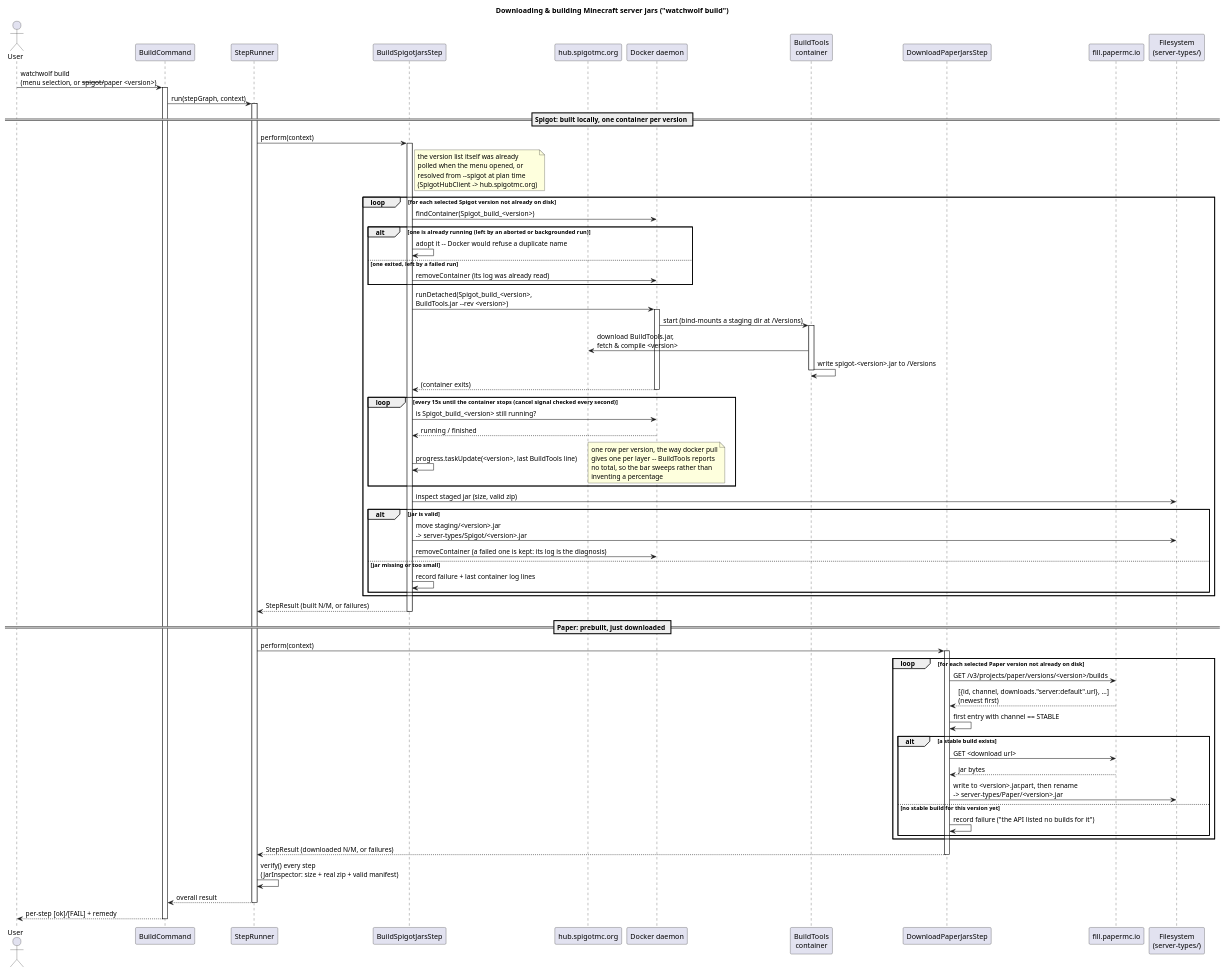
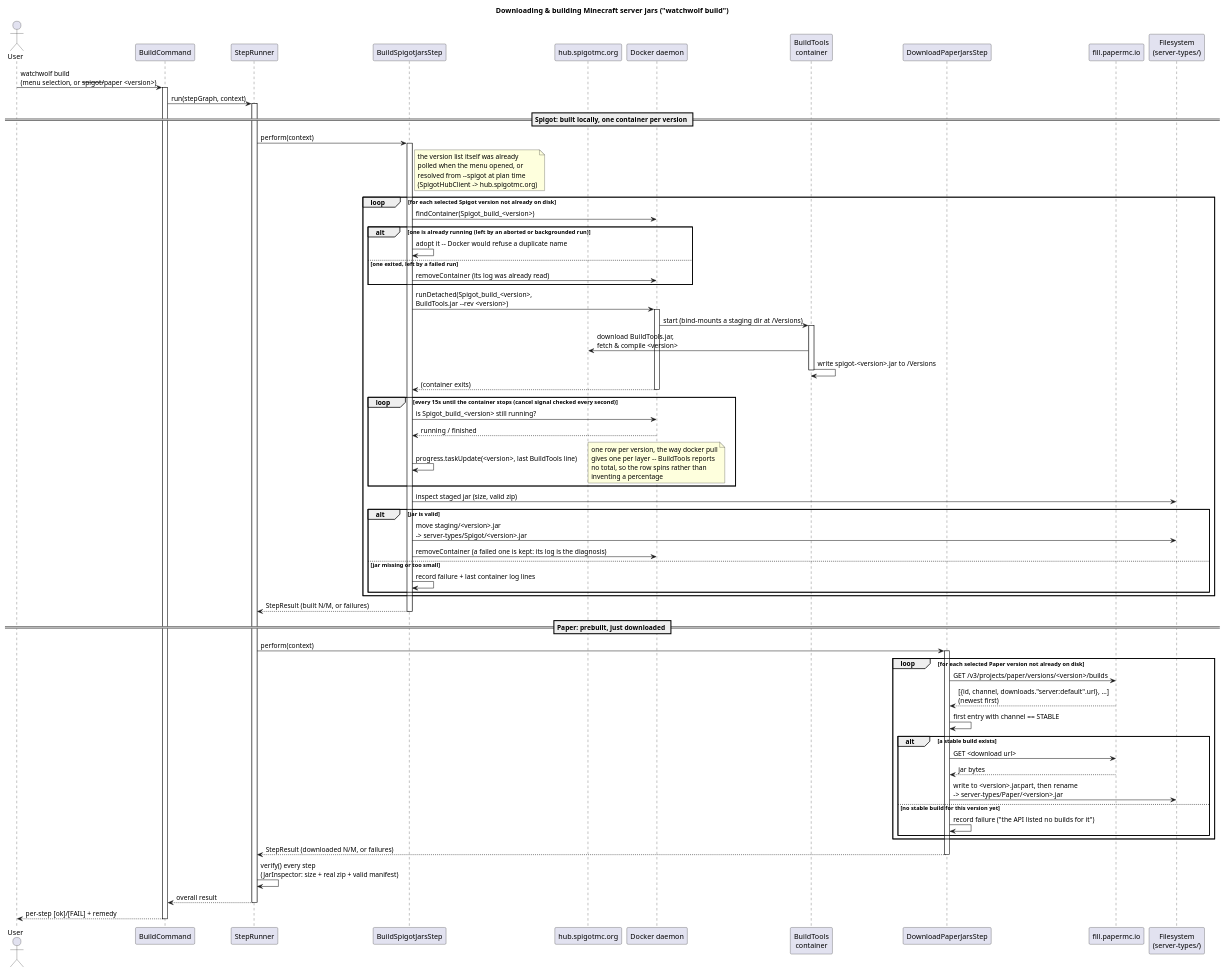
The diagram in cli/docs/build-server-jars.puml (watch-wolf/WatchWolf), drawn with PlantUML before and after one commit. The commit also changed 13 other files, not shown here.

First line of the commit message:
Show every Spigot version as a row; drop the sweeping bar

```diff
--- a/cli/docs/build-server-jars.puml
+++ b/cli/docs/build-server-jars.puml
@@ -1,96 +1,96 @@
 @startuml build-server-jars
 title Downloading & building Minecraft server jars ("watchwolf build")
 
 actor User
 participant "BuildCommand" as Build
 participant "StepRunner" as Runner
 participant "BuildSpigotJarsStep" as SpigotStep
 participant "hub.spigotmc.org" as SpigotHub
 participant "Docker daemon" as Docker
 participant "BuildTools\ncontainer" as BuildTools
 participant "DownloadPaperJarsStep" as PaperStep
 participant "fill.papermc.io" as PaperApi
 participant "Filesystem\n(server-types/)" as FS
 
 User -> Build: watchwolf build\n(menu selection, or --spigot/--paper <version>)
 activate Build
 Build -> Runner: run(stepGraph, context)
 activate Runner
 
 == Spigot: built locally, one container per version ==
 
 Runner -> SpigotStep: perform(context)
 activate SpigotStep
 note right of SpigotStep
   the version list itself was already
   polled when the menu opened, or
   resolved from --spigot at plan time
   (SpigotHubClient -> hub.spigotmc.org)
 end note
 
 loop for each selected Spigot version not already on disk
     SpigotStep -> Docker: findContainer(Spigot_build_<version>)
     alt one is already running (left by an aborted or backgrounded run)
         SpigotStep -> SpigotStep: adopt it -- Docker would refuse a duplicate name
     else one exited, left by a failed run
         SpigotStep -> Docker: removeContainer (its log was already read)
     end
     SpigotStep -> Docker: runDetached(Spigot_build_<version>,\nBuildTools.jar --rev <version>)
     activate Docker
     Docker -> BuildTools: start (bind-mounts a staging dir at /Versions)
     activate BuildTools
     BuildTools -> SpigotHub: download BuildTools.jar,\nfetch & compile <version>
     BuildTools -> BuildTools: write spigot-<version>.jar to /Versions
     deactivate BuildTools
     Docker --> SpigotStep: (container exits)
     deactivate Docker
 
     loop every 15s until the container stops (cancel signal checked every second)
         SpigotStep -> Docker: is Spigot_build_<version> still running?
         Docker --> SpigotStep: running / finished
         SpigotStep -> SpigotStep: progress.taskUpdate(<version>, last BuildTools line)
         note right
           one row per version, the way docker pull
           gives one per layer -- BuildTools reports
-          no total, so the bar sweeps rather than
+          no total, so the row spins rather than
           inventing a percentage
         end note
     end
 
     SpigotStep -> FS: inspect staged jar (size, valid zip)
     alt jar is valid
         SpigotStep -> FS: move staging/<version>.jar\n-> server-types/Spigot/<version>.jar
         SpigotStep -> Docker: removeContainer (a failed one is kept: its log is the diagnosis)
     else jar missing or too small
         SpigotStep -> SpigotStep: record failure + last container log lines
     end
 end
 SpigotStep --> Runner: StepResult (built N/M, or failures)
 deactivate SpigotStep
 
 == Paper: prebuilt, just downloaded ==
 
 Runner -> PaperStep: perform(context)
 activate PaperStep
 loop for each selected Paper version not already on disk
     PaperStep -> PaperApi: GET /v3/projects/paper/versions/<version>/builds
     PaperApi --> PaperStep: [{id, channel, downloads."server:default".url}, ...]\n(newest first)
     PaperStep -> PaperStep: first entry with channel == STABLE
     alt a stable build exists
         PaperStep -> PaperApi: GET <download url>
         PaperApi --> PaperStep: jar bytes
         PaperStep -> FS: write to <version>.jar.part, then rename\n-> server-types/Paper/<version>.jar
     else no stable build for this version yet
         PaperStep -> PaperStep: record failure ("the API listed no builds for it")
     end
 end
 PaperStep --> Runner: StepResult (downloaded N/M, or failures)
 deactivate PaperStep
 
 Runner -> Runner: verify() every step\n(JarInspector: size + real zip + valid manifest)
 Runner --> Build: overall result
 deactivate Runner
 Build --> User: per-step [ok]/[FAIL] + remedy
 deactivate Build
 
 @enduml
```
